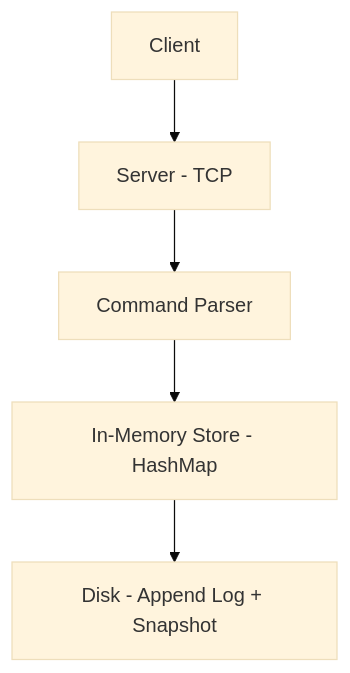
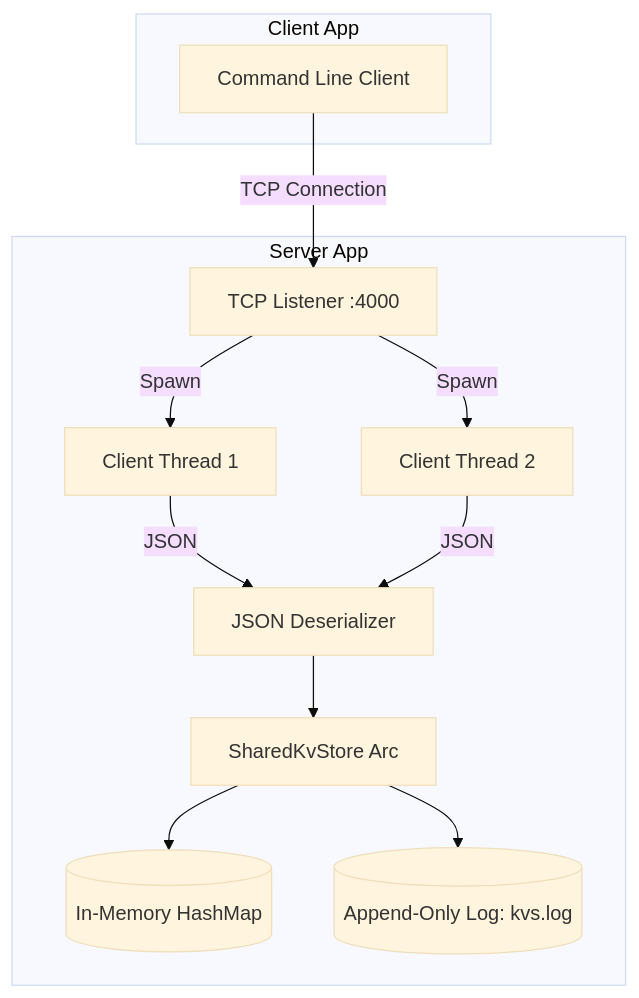
Before and after one commit to sidiq20/kvs: the diagram in README.md, drawn with Mermaid (base theme). The commit also changed other lines of this file, not shown here.

````diff
--- a/README.md
+++ b/README.md
@@ -15,7 +17,25 @@
 ```mermaid
 graph TD
-    Client[Client] --> Server[Server - TCP]
-    Server --> Parser[Command Parser]
-    Parser --> Store[In-Memory Store - HashMap]
-    Store --> Disk[Disk - Append Log + Snapshot]
+    subgraph Client App
+        CLI[Command Line Client]
+    end
+
+    subgraph Server App
+        TCP[TCP Listener :4000]
+        Thread1[Client Thread 1]
+        Thread2[Client Thread 2]
+        
+        TCP -->|Spawn| Thread1
+        TCP -->|Spawn| Thread2
+        
+        Thread1 -->|JSON| Parser
+        Thread2 -->|JSON| Parser
+        
+        Parser[JSON Deserializer] --> Store[SharedKvStore Arc<Mutex>]
+        
+        Store --> RAM[(In-Memory HashMap)]
+        Store --> Disk[(Append-Only Log: kvs.log)]
+    end
+    
+    CLI -->|TCP Connection| TCP
 ```
````
